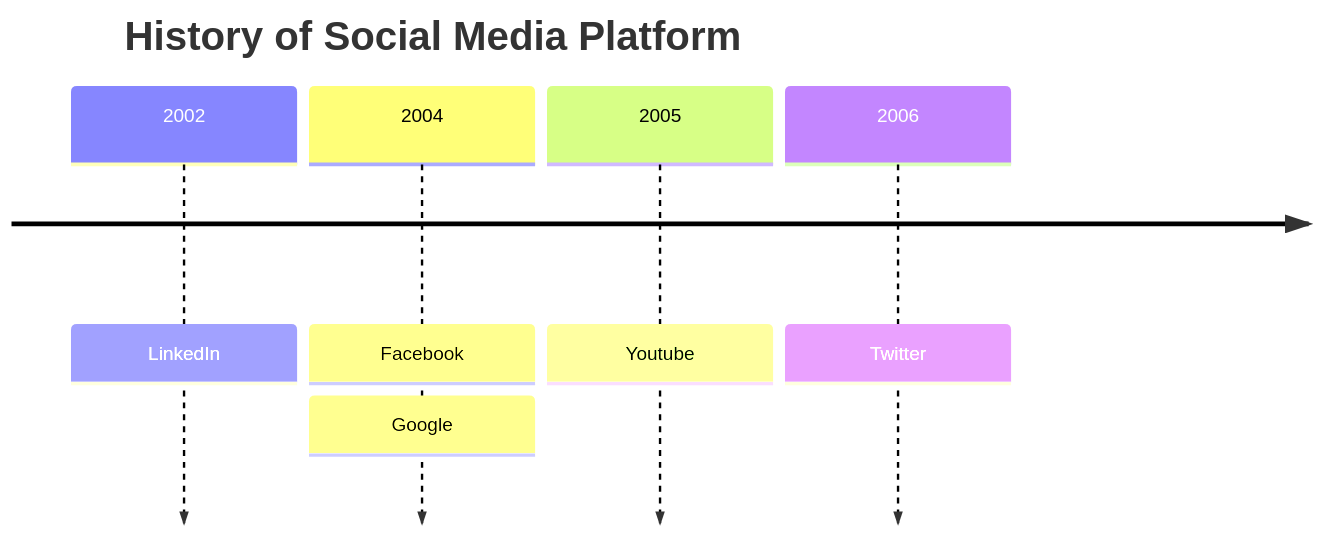
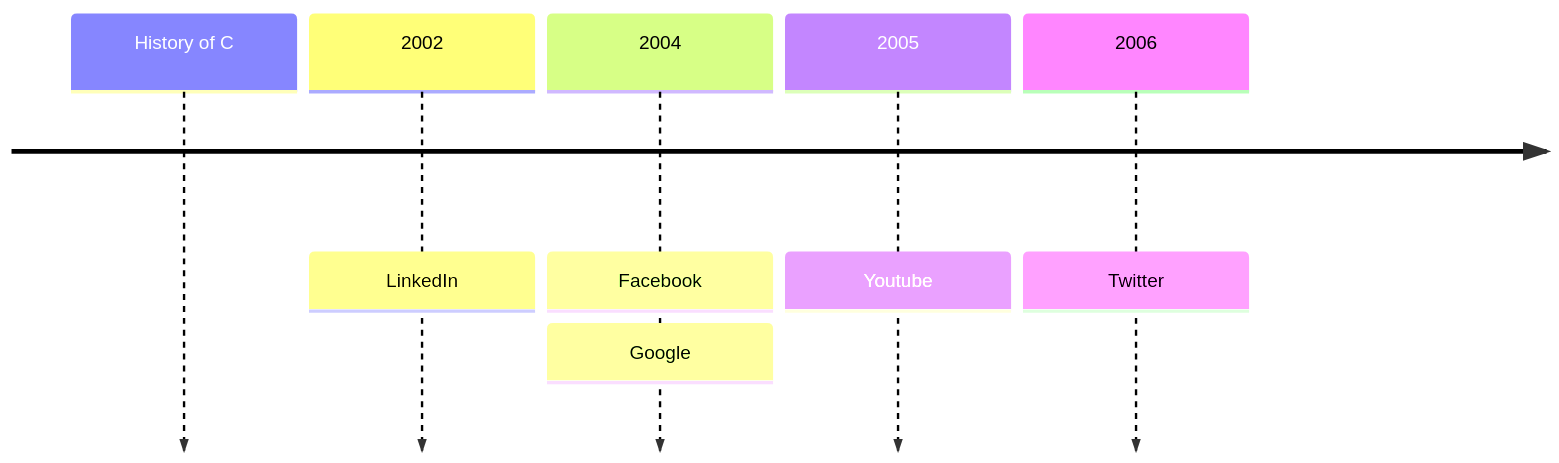
The second of 2 diagrams in other projects/C_learning/history_of_c.md (ProGamerXbox/ComputerScience), drawn with Mermaid before and after one commit.

````diff
--- a/other projects/C_learning/history_of_c.md
+++ b/other projects/C_learning/history_of_c.md
@@ -12,9 +12,9 @@
 ```mermaid
 timeline
-    title History of Social Media Platform
+    History of C
     2002 : LinkedIn
     2004 : Facebook : Google
     2005 : Youtube
     2006 : Twitter
 
 ```
````
